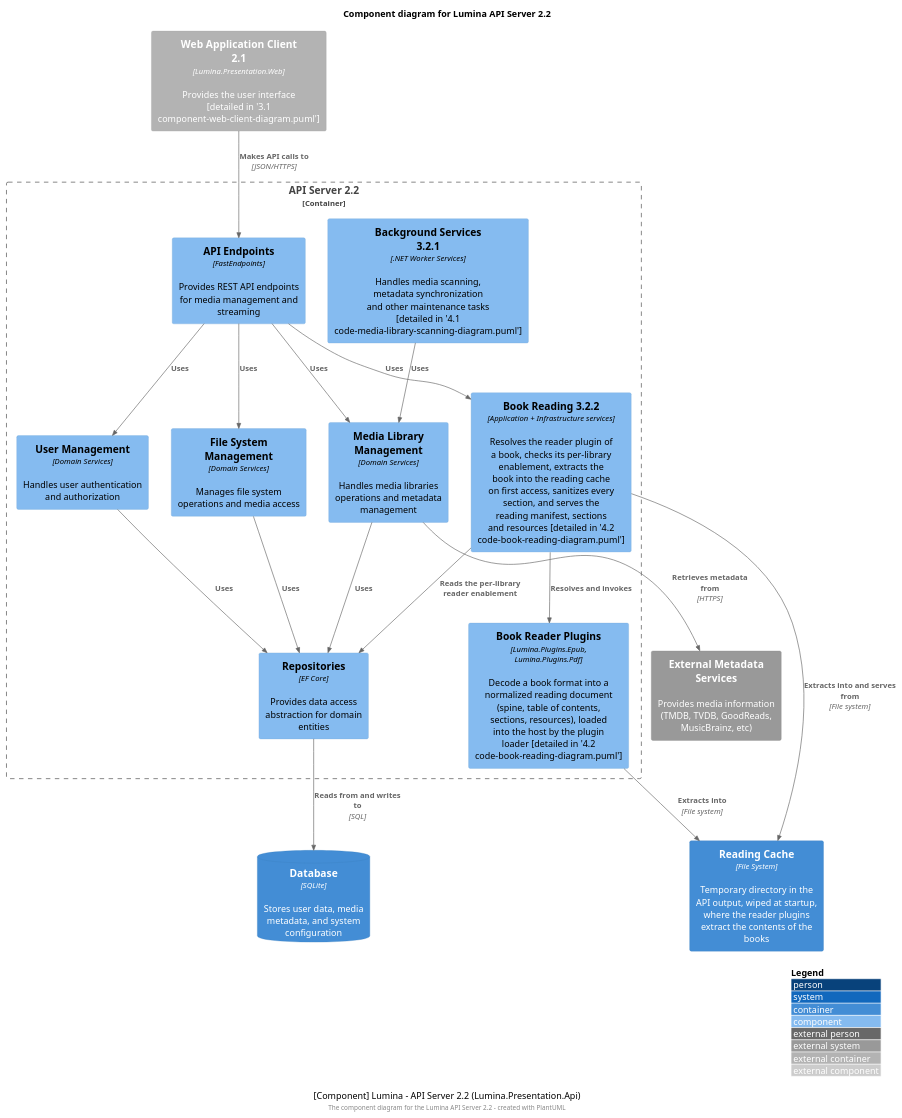
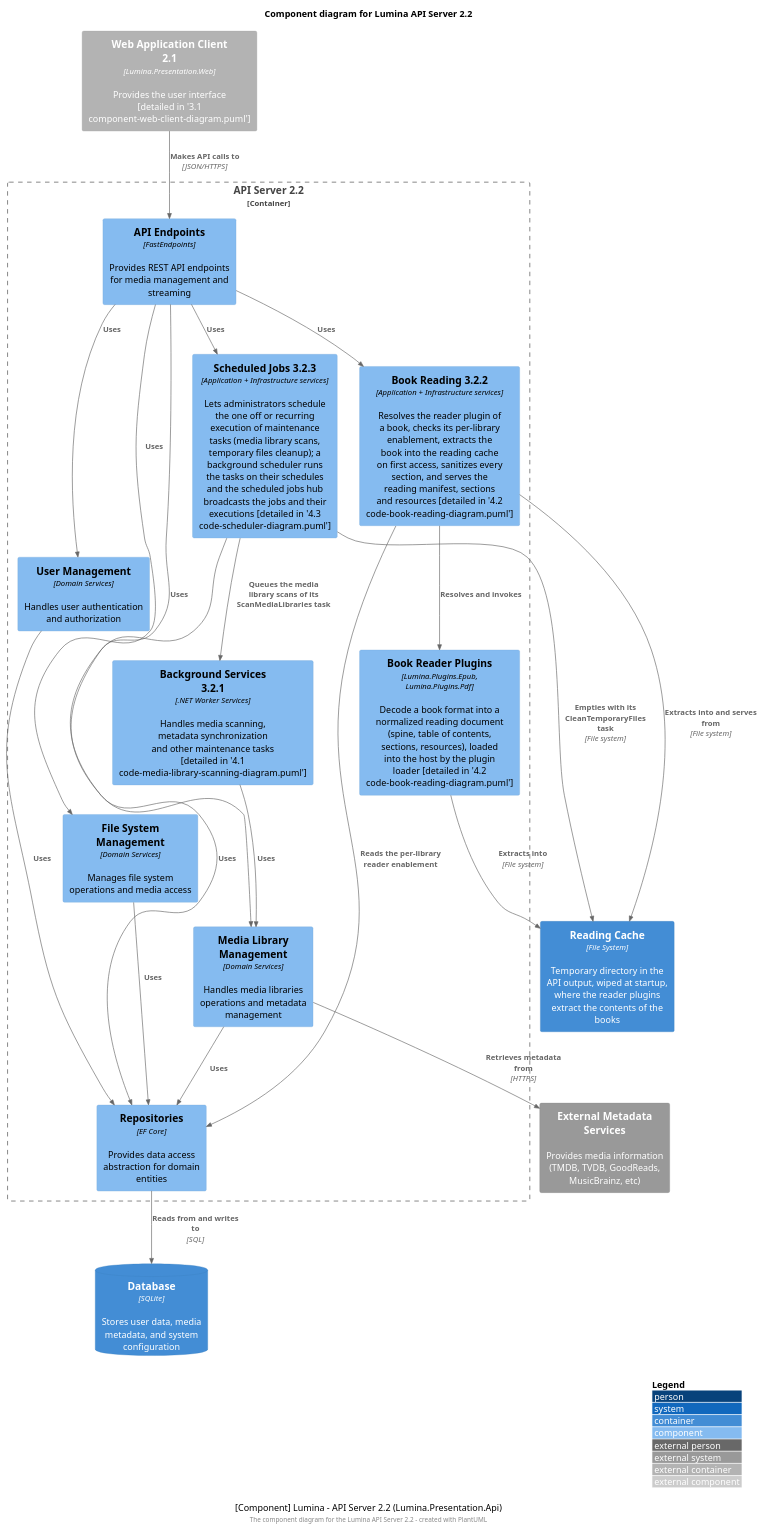
The diagram in docs/technical/architecture/3.2 component-api-server-diagram.puml (BinaryAlley/Lumina), drawn with PlantUML before and after one commit. The commit also changed 17 other files, not shown here.

```diff
--- a/docs/technical/architecture/3.2 component-api-server-diagram.puml
+++ b/docs/technical/architecture/3.2 component-api-server-diagram.puml
@@ -1,52 +1,58 @@
 @startuml Lumina API Server Components
 !include <C4/C4_Component>
 
 LAYOUT_WITH_LEGEND()
 title Component diagram for Lumina API Server 2.2
 
 Container_Ext(webapp, "Web Application Client 2.1", "Lumina.Presentation.Web", "Provides the user interface [detailed in '3.1 component-web-client-diagram.puml']")
 
 Container_Boundary(api, "API Server 2.2") {
     Component(endpoints, "API Endpoints", "FastEndpoints", "Provides REST API endpoints for media management and streaming")
     
     Component(mediaManagement, "Media Library Management", "Domain Services", "Handles media libraries operations and metadata management")
     
     Component(userManagement, "User Management", "Domain Services", "Handles user authentication and authorization")
     
     Component(fileSystem, "File System Management", "Domain Services", "Manages file system operations and media access")
     
     Component(backgroundServices, "Background Services 3.2.1", ".NET Worker Services", "Handles media scanning, metadata synchronization and other maintenance tasks [detailed in '4.1 code-media-library-scanning-diagram.puml']")
     
     Component(bookReading, "Book Reading 3.2.2", "Application + Infrastructure services", "Resolves the reader plugin of a book, checks its per-library enablement, extracts the book into the reading cache on first access, sanitizes every section, and serves the reading manifest, sections and resources [detailed in '4.2 code-book-reading-diagram.puml']")
     
     Component(readerPlugins, "Book Reader Plugins", "Lumina.Plugins.Epub, Lumina.Plugins.Pdf", "Decode a book format into a normalized reading document (spine, table of contents, sections, resources), loaded into the host by the plugin loader [detailed in '4.2 code-book-reading-diagram.puml']")
     
+    Component(scheduledJobs, "Scheduled Jobs 3.2.3", "Application + Infrastructure services", "Lets administrators schedule the one off or recurring execution of maintenance tasks (media library scans, temporary files cleanup); a background scheduler runs the tasks on their schedules and the scheduled jobs hub broadcasts the jobs and their executions [detailed in '4.3 code-scheduler-diagram.puml']")
+    
     Component(repositories, "Repositories", "EF Core", "Provides data access abstraction for domain entities")
 }
 
 ContainerDb(db, "Database", "SQLite", "Stores user data, media metadata, and system configuration")
 
 Container(readCache, "Reading Cache", "File System", "Temporary directory in the API output, wiped at startup, where the reader plugins extract the contents of the books")
 
 System_Ext(metadataServices, "External Metadata Services", "Provides media information (TMDB, TVDB, GoodReads, MusicBrainz, etc)")
 
 Rel(webapp, endpoints, "Makes API calls to", "JSON/HTTPS")
 Rel(endpoints, mediaManagement, "Uses")
 Rel(endpoints, userManagement, "Uses")
 Rel(endpoints, fileSystem, "Uses")
 Rel(endpoints, bookReading, "Uses")
+Rel(endpoints, scheduledJobs, "Uses")
 Rel(mediaManagement, repositories, "Uses")
 Rel(userManagement, repositories, "Uses")
 Rel(fileSystem, repositories, "Uses")
 Rel(backgroundServices, mediaManagement, "Uses")
+Rel(scheduledJobs, repositories, "Uses")
 Rel(repositories, db, "Reads from and writes to", "SQL")
 Rel(mediaManagement, metadataServices, "Retrieves metadata from", "HTTPS")
 Rel(bookReading, readerPlugins, "Resolves and invokes")
 Rel(bookReading, repositories, "Reads the per-library reader enablement")
 Rel(bookReading, readCache, "Extracts into and serves from", "File system")
 Rel(readerPlugins, readCache, "Extracts into", "File system")
+Rel(scheduledJobs, backgroundServices, "Queues the media library scans of its ScanMediaLibraries task")
+Rel(scheduledJobs, readCache, "Empties with its CleanTemporaryFiles task", "File system")
 
 caption [Component] Lumina - API Server 2.2 (Lumina.Presentation.Api)
 
 footer The component diagram for the Lumina API Server 2.2 - created with PlantUML
 @enduml
```
